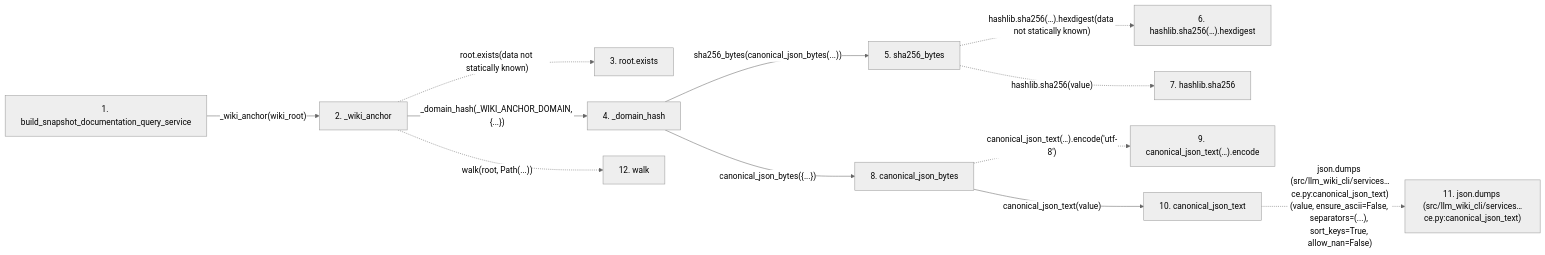
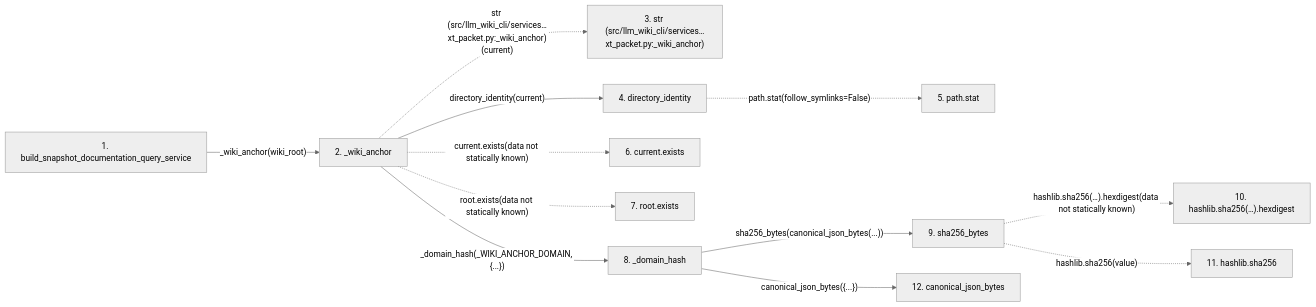
One commit to Denissvgn/python-wiki-llm changed the second of 2 diagrams in docs/llm_wiki/flows/api-build_snapshot_documentation_query_service.md. Above: the diagram before and after it, drawn with Mermaid (neutral theme). The commit also changed other lines of this file and 279 other files, not shown here.

````diff
--- a/docs/llm_wiki/flows/api-build_snapshot_documentation_query_service.md
+++ b/docs/llm_wiki/flows/api-build_snapshot_documentation_query_service.md
@@ -103,32 +105,32 @@
 ```mermaid
 flowchart LR
     s1["1. build_snapshot_documentation_query_service"]
     s2["2. _wiki_anchor"]
-    s3["3. root.exists"]
-    s4["4. _domain_hash"]
-    s5["5. sha256_bytes"]
-    s6["6. hashlib.sha256(…).hexdigest"]
-    s7["7. hashlib.sha256"]
-    s8["8. canonical_json_bytes"]
-    s9["9. canonical_json_text(…).encode"]
-    s10["10. canonical_json_text"]
-    s11["11. json.dumps (src/llm_wiki_cli/services…ce.py:canonical_json_text)"]
-    s12["12. walk"]
+    s3["3. str (src/llm_wiki_cli/services…xt_packet.py:_wiki_anchor)"]
+    s4["4. directory_identity"]
+    s5["5. path.stat"]
+    s6["6. current.exists"]
+    s7["7. root.exists"]
+    s8["8. _domain_hash"]
+    s9["9. sha256_bytes"]
+    s10["10. hashlib.sha256(…).hexdigest"]
+    s11["11. hashlib.sha256"]
+    s12["12. canonical_json_bytes"]
     s1 -->|"_wiki_anchor(wiki_root)"| s2
-    s2 -. "root.exists(data not statically known)" .-> s3
-    s2 -->|"_domain_hash(_WIKI_ANCHOR_DOMAIN, {...})"| s4
-    s4 -->|"sha256_bytes(canonical_json_bytes(...))"| s5
-    s5 -. "hashlib.sha256(…).hexdigest(data not statically known)" .-> s6
-    s5 -. "hashlib.sha256(value)" .-> s7
-    s4 -->|"canonical_json_bytes({...})"| s8
-    s8 -. "canonical_json_text(…).encode('utf-8')" .-> s9
-    s8 -->|"canonical_json_text(value)"| s10
-    s10 -. "json.dumps (src/llm_wiki_cli/services…ce.py:canonical_json_text)(value, ensure_ascii=False, separators=(...), sort_keys=True, allow_nan=False)" .-> s11
-    s2 -. "walk(root, Path(...))" .-> s12
+    s2 -. "str (src/llm_wiki_cli/services…xt_packet.py:_wiki_anchor)(current)" .-> s3
+    s2 -->|"directory_identity(current)"| s4
+    s4 -. "path.stat(follow_symlinks=False)" .-> s5
+    s2 -. "current.exists(data not statically known)" .-> s6
+    s2 -. "root.exists(data not statically known)" .-> s7
+    s2 -->|"_domain_hash(_WIKI_ANCHOR_DOMAIN, {...})"| s8
+    s8 -->|"sha256_bytes(canonical_json_bytes(...))"| s9
+    s9 -. "hashlib.sha256(…).hexdigest(data not statically known)" .-> s10
+    s9 -. "hashlib.sha256(value)" .-> s11
+    s8 -->|"canonical_json_bytes({...})"| s12
     click s1 "../modules/documentation_query_builder.md"
     click s2 "../modules/context_packet.md"
-    click s4 "../modules/context_packet.md"
-    click s5 "../modules/knowledge_evidence.md"
-    click s8 "../modules/knowledge_evidence.md"
-    click s10 "../modules/knowledge_evidence.md"
+    click s4 "../modules/source_snapshot.md"
+    click s8 "../modules/context_packet.md"
+    click s9 "../modules/knowledge_evidence.md"
+    click s12 "../modules/knowledge_evidence.md"
 ```
````
